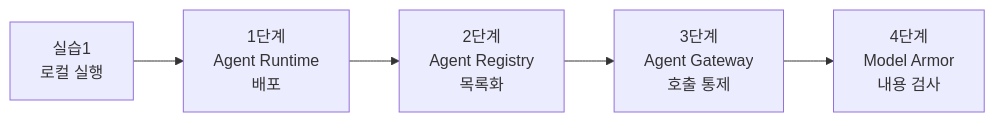
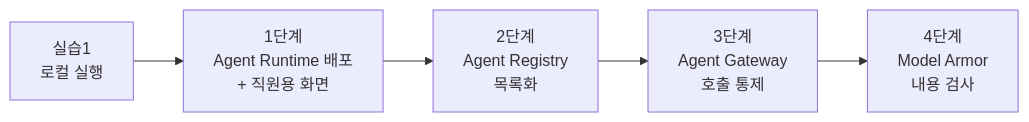
The first of 6 diagrams in README.md (p219116/track3-2), drawn with Mermaid before and after one commit. The commit also changed other lines of this file, not shown here.

Commit message:
docs: 1단계에 직원용 화면 옵션 추가 (1-1 Gemini Enterprise 등록, 1-2 Cloud Run 웹 앱 + IAP)

````diff
--- a/README.md
+++ b/README.md
@@ -7,7 +7,7 @@
 ```mermaid
 flowchart LR
-    P1["실습1<br/>로컬 실행"] --> S1["1단계<br/>Agent Runtime<br/>배포"]
+    P1["실습1<br/>로컬 실행"] --> S1["1단계<br/>Agent Runtime 배포<br/>+ 직원용 화면"]
     S1 --> S2["2단계<br/>Agent Registry<br/>목록화"]
     S2 --> S3["3단계<br/>Agent Gateway<br/>호출 통제"]
     S3 --> S4["4단계<br/>Model Armor<br/>내용 검사"]
 ```
````
